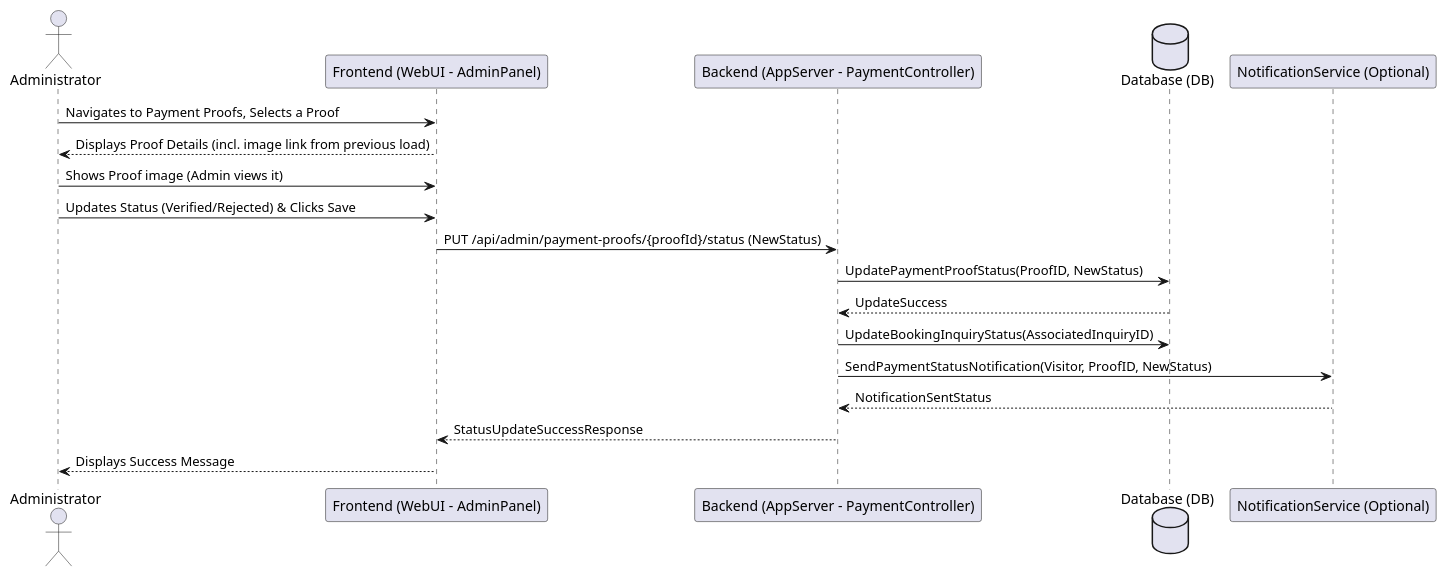
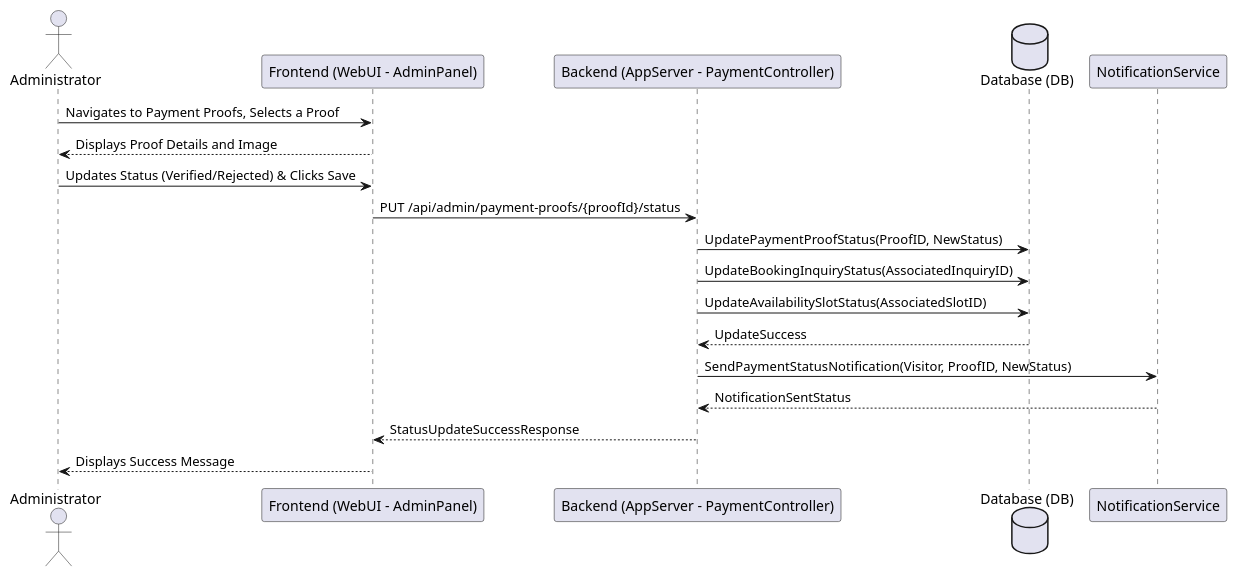
One commit to 7azmi/Al-Muneer-Portal changed diagram 28 of 34 in Academic fluff (temp)/appendix: SRS.md. Above: the diagram before and after it, drawn with PlantUML. The commit also changed other lines of this file, not shown here.

````diff
--- a/Academic fluff (temp)/appendix: SRS.md
+++ b/Academic fluff (temp)/appendix: SRS.md
@@ -1233,22 +1243,22 @@
 ```plantuml
 @startuml
 actor Administrator as Admin
 participant "Frontend (WebUI - AdminPanel)" as UI
 participant "Backend (AppServer - PaymentController)" as App
 database "Database (DB)" as DB
-participant "NotificationService (Optional)" as NS
+participant "NotificationService" as NS
 
 Admin -> UI : Navigates to Payment Proofs, Selects a Proof
-UI --> Admin : Displays Proof Details (incl. image link from previous load)
-Admin -> UI : Shows Proof image (Admin views it)
+UI --> Admin : Displays Proof Details and Image
 Admin -> UI : Updates Status (Verified/Rejected) & Clicks Save
-UI -> App : PUT /api/admin/payment-proofs/{proofId}/status (NewStatus)
+UI -> App : PUT /api/admin/payment-proofs/{proofId}/status
 App -> DB : UpdatePaymentProofStatus(ProofID, NewStatus)
+App -> DB : UpdateBookingInquiryStatus(AssociatedInquiryID)
+App -> DB : UpdateAvailabilitySlotStatus(AssociatedSlotID)
 DB --> App : UpdateSuccess
-App -> DB : UpdateBookingInquiryStatus(AssociatedInquiryID)
 App -> NS : SendPaymentStatusNotification(Visitor, ProofID, NewStatus)
 NS --> App : NotificationSentStatus
 App --> UI : StatusUpdateSuccessResponse
 UI --> Admin : Displays Success Message
 @enduml
 ```
````
